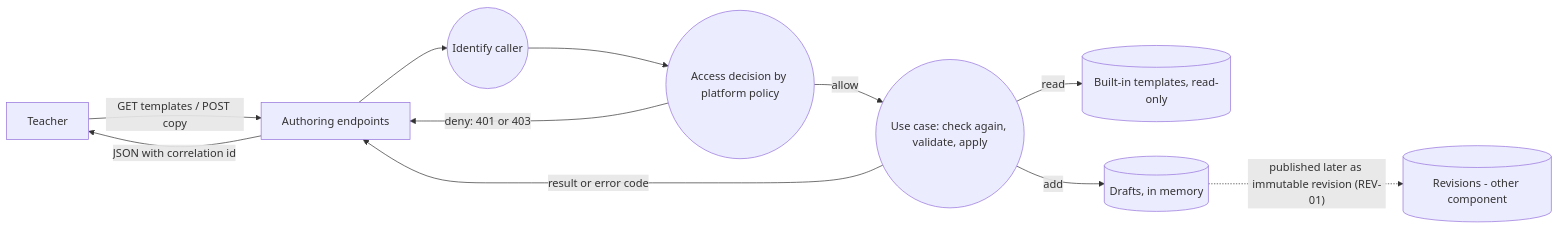
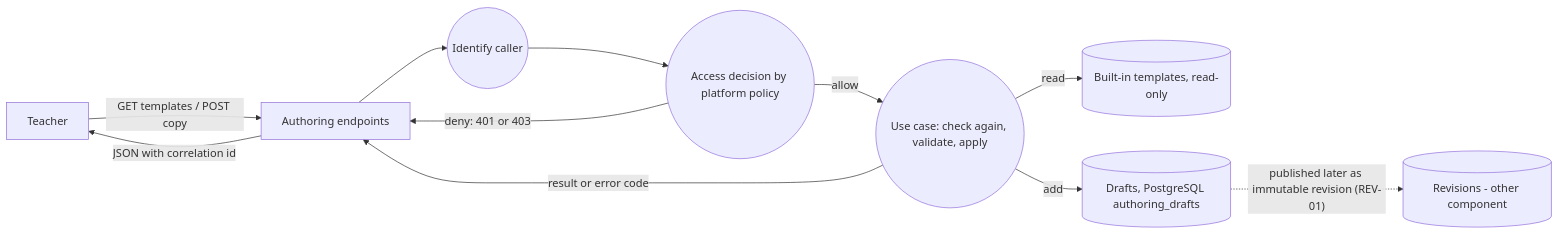
One commit to owlCoder/security-lab changed the second of 2 diagrams in docs/components/AUT-authoring.md. Above: the diagram before and after it, drawn with Mermaid. The commit also changed other lines of this file and 11 other files, not shown here.

Commit message:
feat(authoring): store drafts in PostgreSQL with migration and storage tests (AUT-06)

````diff
--- a/docs/components/AUT-authoring.md
+++ b/docs/components/AUT-authoring.md
@@ -59,13 +60,13 @@
 ```mermaid
 flowchart LR
   T[Teacher] -->|GET templates / POST copy| API[Authoring endpoints]
   API --> P1((Identify caller))
   P1 --> P2((Access decision by platform policy))
   P2 -->|deny: 401 or 403| API
   P2 -->|allow| P3((Use case: check again, validate, apply))
   P3 -->|read| TS[(Built-in templates, read-only)]
-  P3 -->|add| DS[(Drafts, in memory)]
+  P3 -->|add| DS[(Drafts, PostgreSQL authoring_drafts)]
   P3 -->|result or error code| API
   API -->|JSON with correlation id| T
   DS -. "published later as immutable revision (REV-01)" .-> RV[(Revisions - other component)]
 ```
````
